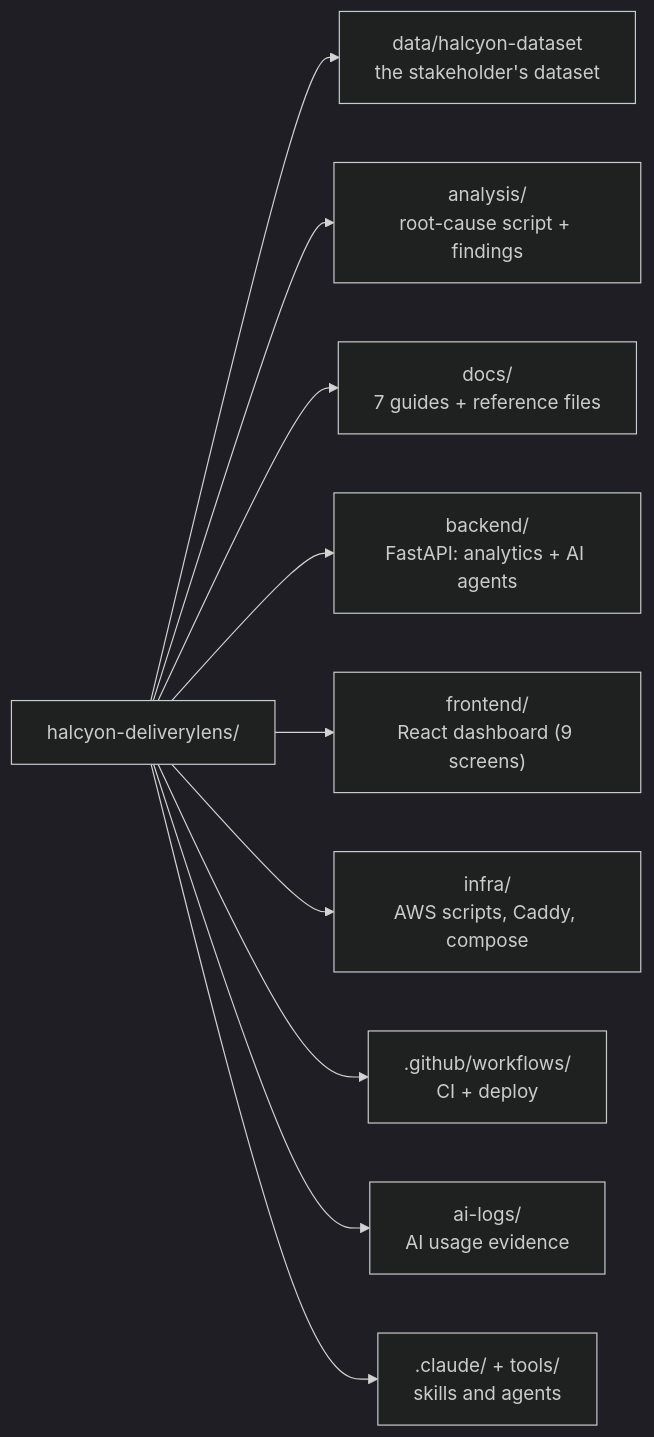
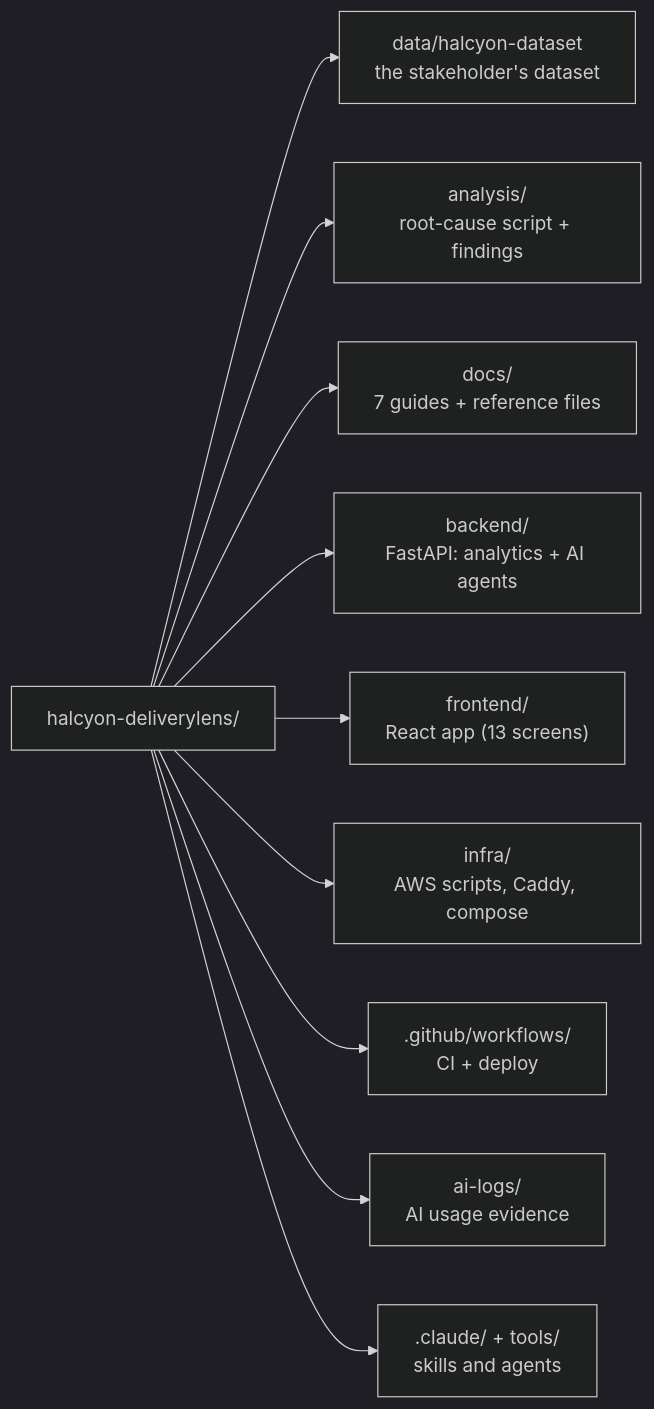
Before and after one commit to saimuthiki/halcyon-deliverylens: the second of 2 diagrams in README.md, drawn with Mermaid (dark theme). The commit also changed other lines of this file and 27 other files, not shown here.

````diff
--- a/README.md
+++ b/README.md
@@ -51,12 +56,12 @@
 ```mermaid
 flowchart LR
   R["halcyon-deliverylens/"] --> D["data/halcyon-dataset<br/>the stakeholder's dataset"]
   R --> AN["analysis/<br/>root-cause script + findings"]
   R --> DOC["docs/<br/>7 guides + reference files"]
   R --> BE["backend/<br/>FastAPI: analytics + AI agents"]
-  R --> FE["frontend/<br/>React dashboard (9 screens)"]
+  R --> FE["frontend/<br/>React app (13 screens)"]
   R --> IN["infra/<br/>AWS scripts, Caddy, compose"]
   R --> GH[".github/workflows/<br/>CI + deploy"]
   R --> AI["ai-logs/<br/>AI usage evidence"]
   R --> CL[".claude/ + tools/<br/>skills and agents"]
 ```
````
